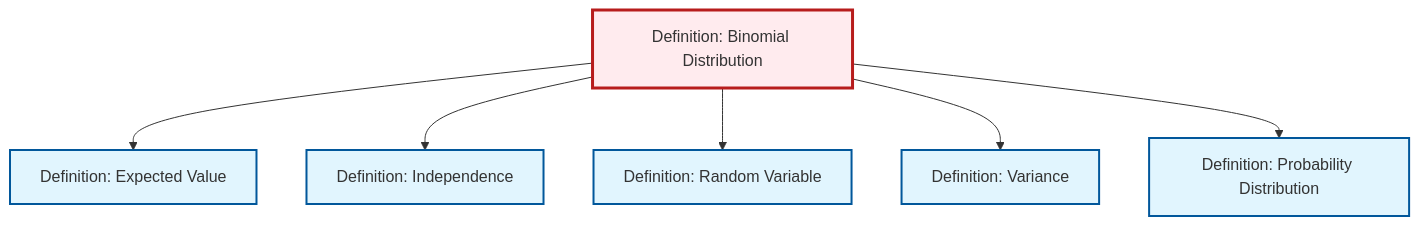
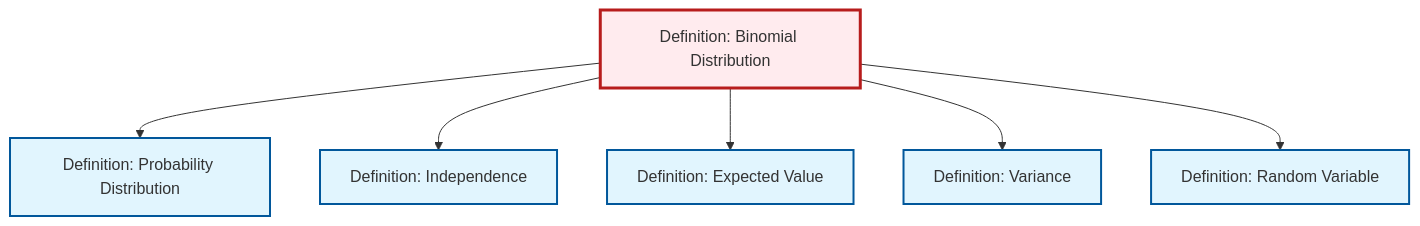
One commit to RK0429/ModernMath changed the diagram in content/en/probability-statistics/def-binomial-distribution.qmd. Above: the diagram before and after it, drawn with Mermaid. The commit also changed other lines of this file and 328 other files, not shown here.

````diff
--- a/content/en/probability-statistics/def-binomial-distribution.qmd
+++ b/content/en/probability-statistics/def-binomial-distribution.qmd
@@ -126,26 +126,26 @@
 ```{mermaid}
 %%| fig-cap: "Local dependency graph"
 graph TD
     classDef definition fill:#e1f5fe,stroke:#01579b,stroke-width:2px
     classDef theorem fill:#f3e5f5,stroke:#4a148c,stroke-width:2px
     classDef axiom fill:#fff3e0,stroke:#e65100,stroke-width:2px
     classDef example fill:#e8f5e9,stroke:#1b5e20,stroke-width:2px
     classDef current fill:#ffebee,stroke:#b71c1c,stroke-width:3px
+    def-random-variable["Definition: Random Variable"]:::definition
+    def-independence["Definition: Independence"]:::definition
+    def-variance["Definition: Variance"]:::definition
+    def-probability-distribution["Definition: Probability Distribution"]:::definition
+    def-expectation["Definition: Expected Value"]:::definition
     def-binomial-distribution["Definition: Binomial Distribution"]:::definition
-    def-independence["Definition: Independence"]:::definition
-    def-expectation["Definition: Expected Value"]:::definition
-    def-probability-distribution["Definition: Probability Distribution"]:::definition
-    def-variance["Definition: Variance"]:::definition
-    def-random-variable["Definition: Random Variable"]:::definition
+    def-binomial-distribution --> def-probability-distribution
+    def-binomial-distribution --> def-independence
     def-binomial-distribution --> def-expectation
-    def-binomial-distribution --> def-independence
+    def-binomial-distribution --> def-variance
     def-binomial-distribution --> def-random-variable
-    def-binomial-distribution --> def-variance
-    def-binomial-distribution --> def-probability-distribution
     class def-binomial-distribution current
+    click def-random-variable "def-random-variable.html" "Go to Random Variable definition"
     click def-independence "def-independence.html" "Go to Independence definition"
+    click def-variance "def-variance.html" "Go to Variance definition"
+    click def-probability-distribution "def-probability-distribution.html" "Go to Probability Distribution definition"
     click def-expectation "def-expectation.html" "Go to Expected Value definition"
-    click def-probability-distribution "def-probability-distribution.html" "Go to Probability Distribution definition"
-    click def-variance "def-variance.html" "Go to Variance definition"
-    click def-random-variable "def-random-variable.html" "Go to Random Variable definition"
 ```
````
